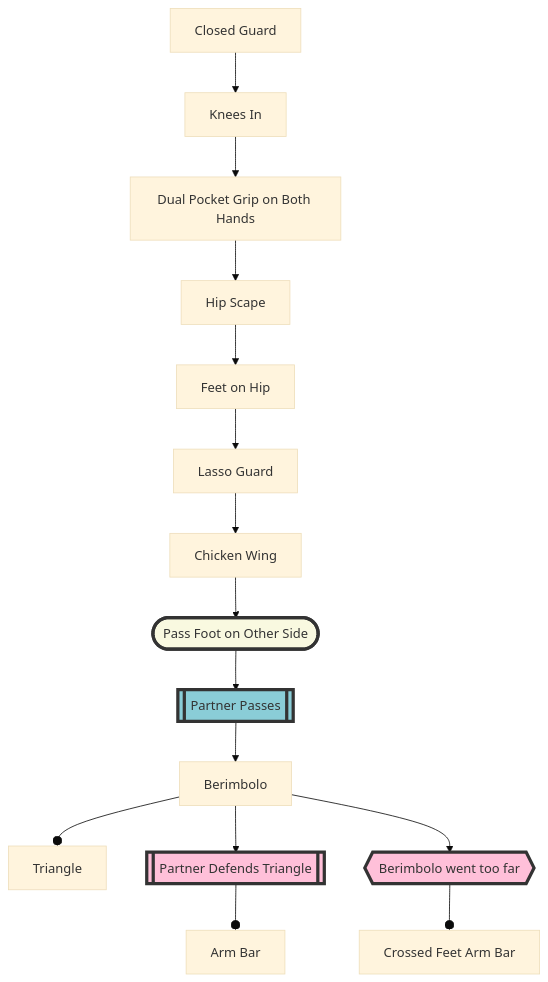
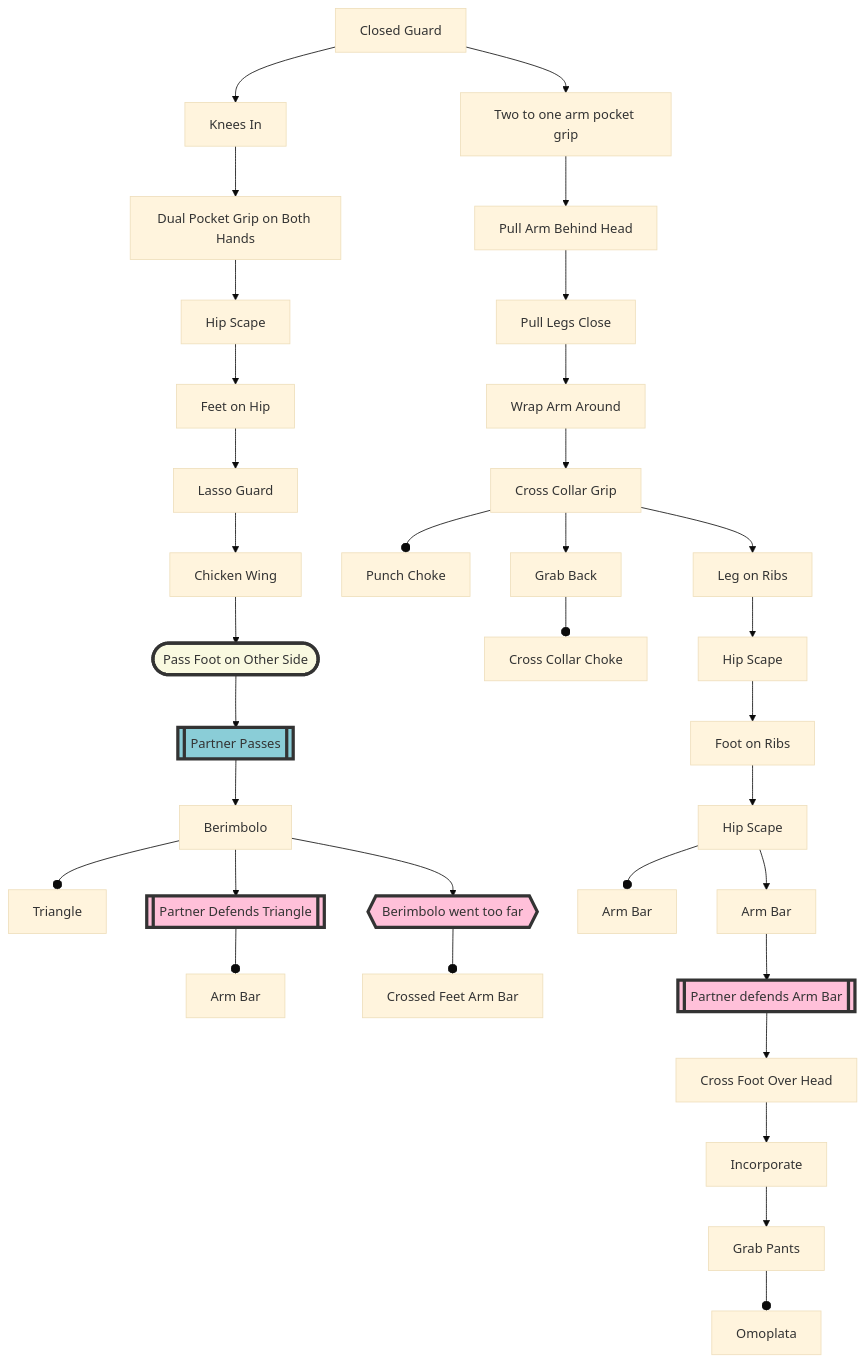
Before and after one commit to mishelashala/zettelkasten: the diagram in bjj/Techniques at Coraa.md, drawn with Mermaid (base theme).

Commit message:
backup for dec 15, 2023

````diff
--- a/bjj/Techniques at Coraa.md
+++ b/bjj/Techniques at Coraa.md
@@ -2,29 +2,54 @@
 ```mermaid
 flowchart TD
     closed-guard[Closed Guard]
     knees-in[Knees In]
     dual-pocket-grip-on-both-hands[Dual Pocket Grip on Both Hands]
     hip-scape[Hip Scape]
     foot-on-hip[Feet on Hip]
     lasso-guard[Lasso Guard]
     chicken-wing[Chicken Wing]
     pass-foot-on-other-side([Pass Foot on Other Side])
     partner-passes[[Partner Passes]]
     berimbolo[Berimbolo]
     triangle[Triangle]
     partner-defends-triangle[[Partner Defends Triangle]]
     arm-bar[Arm Bar]
     berimbolo-went-too-far{{Berimbolo went too far}}
     crossed-feet-arm-bar[Crossed Feet Arm Bar]
+    two-to-one-arm-pocket-grip[Two to one arm pocket grip]
+    pull-arm-behind-head[Pull Arm Behind Head]
+    pull-legs-close[Pull Legs Close]
+    wrap-arm-around[Wrap Arm Around]
+    cross-collar-grip[Cross Collar Grip]
+    punch-choke[Punch Choke]
+    grab-back[Grab Back]
+	cross-collar-choke[Cross Collar Choke]
+	leg-on-ribs[Leg on Ribs]
+	hip-scape-2[Hip Scape]
+	foot-on-ribs[Foot on Ribs]
+	hip-scape-4[Hip Scape]
+	arm-bar-2[Arm Bar]
+	arm-bar-3[Arm Bar]
+	partner-defends-armbar-2[[Partner defends Arm Bar]]
+	cross-foot-over-head[Cross Foot Over Head]
+	incorporate[Incorporate]
+	grab-pants[Grab Pants]
+	omoplata[Omoplata]
 
 	style pass-foot-on-other-side fill:#F9F9E0,stroke:#333,stroke-width:4px
 	style partner-passes fill:#8ACDD7,stroke:#333,stroke-width:4px
 	style partner-defends-triangle fill:#FFC0D9,stroke:#333,stroke-width:4px
 	style berimbolo-went-too-far fill:#FFC0D9,stroke:#333,stroke-width:4px
+	style partner-defends-armbar-2 fill:#FFC0D9,stroke:#333,stroke-width:4px
 
     closed-guard --> knees-in --> dual-pocket-grip-on-both-hands --> hip-scape --> foot-on-hip --> lasso-guard --> chicken-wing --> pass-foot-on-other-side --> partner-passes --> berimbolo --o triangle
 
 	berimbolo --> partner-defends-triangle --o arm-bar
 
 	berimbolo --> berimbolo-went-too-far --o crossed-feet-arm-bar
+
+	closed-guard --> two-to-one-arm-pocket-grip --> pull-arm-behind-head --> pull-legs-close --> wrap-arm-around --> cross-collar-grip --o punch-choke
+	cross-collar-grip --> grab-back --o cross-collar-choke
+	cross-collar-grip --> leg-on-ribs --> hip-scape-2 --> foot-on-ribs --> hip-scape-4 --o arm-bar-2
+	hip-scape-4 --> arm-bar-3 --> partner-defends-armbar-2 --> cross-foot-over-head --> incorporate --> grab-pants --o omoplata
 ```
````
